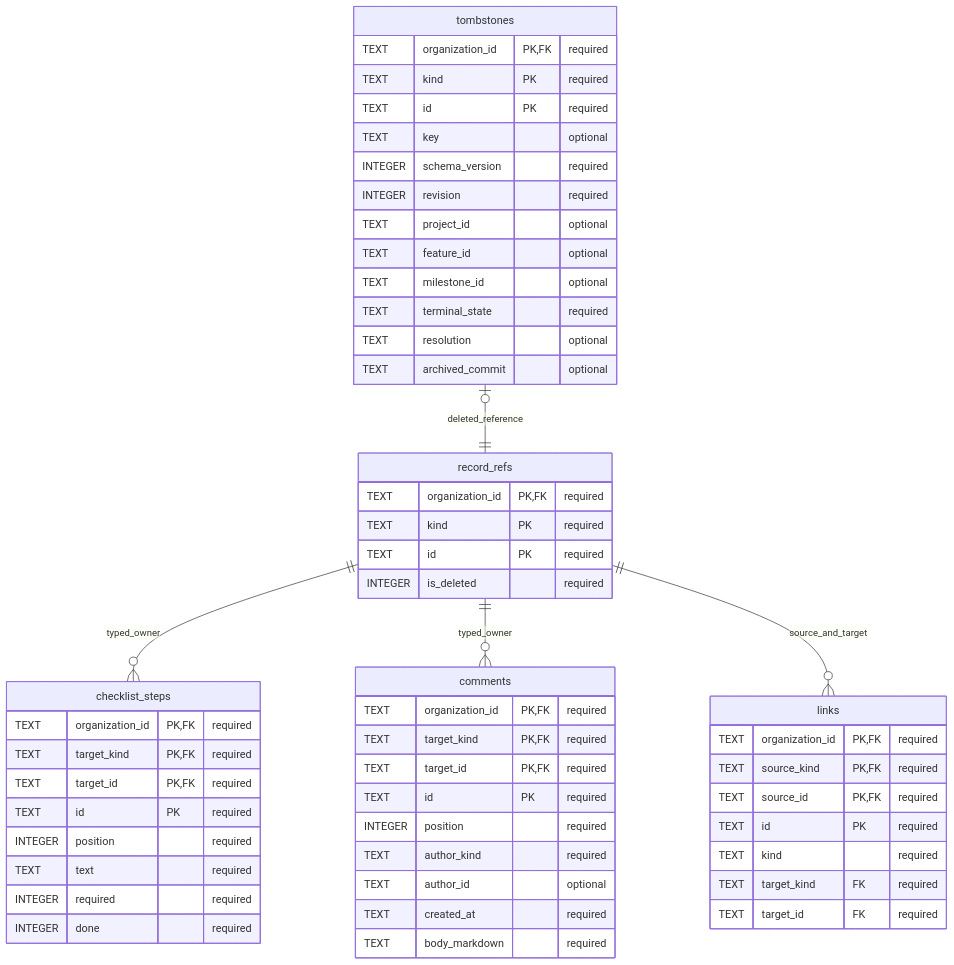
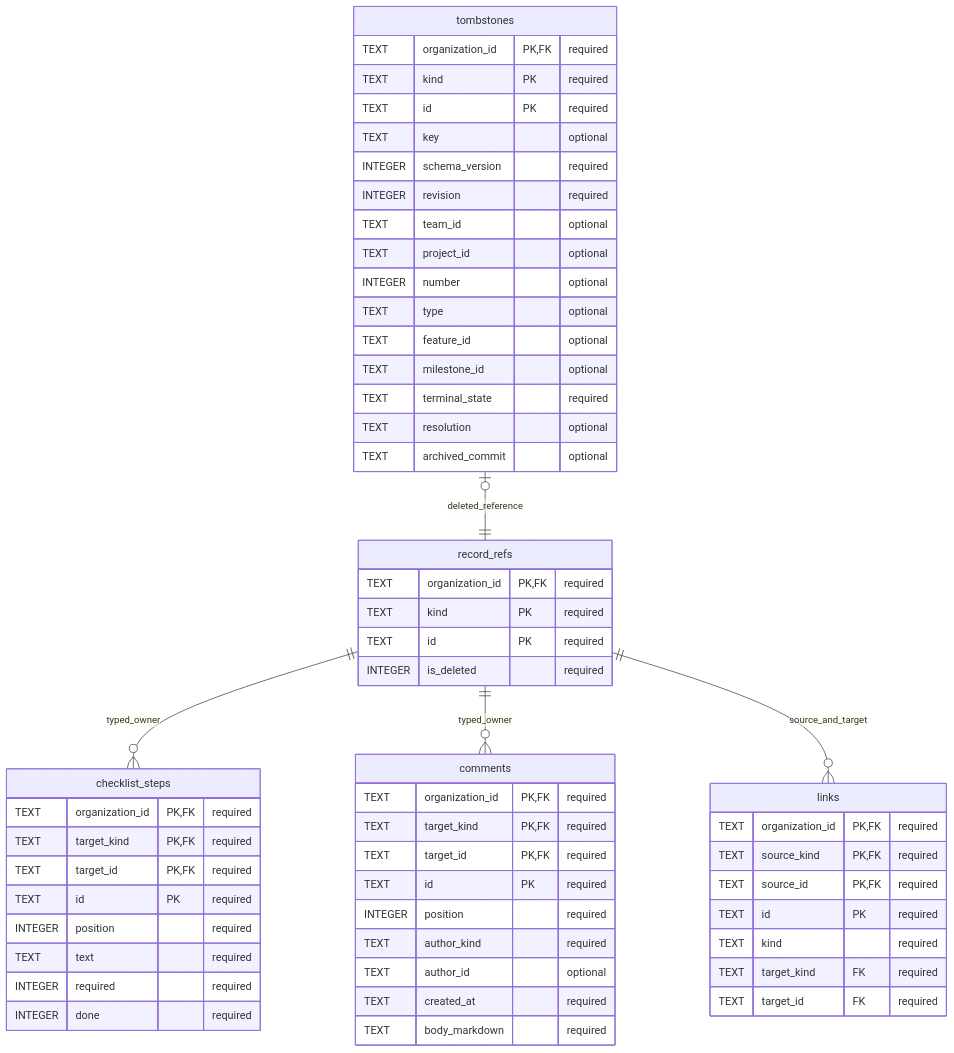
The second of 2 diagrams in docs/design/organization-data/03-features-and-work.md (vgmello/agentic-org), drawn with Mermaid before and after one commit. The commit also changed other lines of this file and 7 other files, not shown here.

````diff
--- a/docs/design/organization-data/03-features-and-work.md
+++ b/docs/design/organization-data/03-features-and-work.md
@@ -137,57 +120,60 @@
 ```mermaid
 erDiagram
     record_refs ||--o{ checklist_steps : typed_owner
     record_refs ||--o{ comments : typed_owner
     record_refs ||--o{ links : source_and_target
     tombstones o|--|| record_refs : deleted_reference
     record_refs {
         TEXT organization_id PK, FK "required"
         TEXT kind PK "required"
         TEXT id PK "required"
         INTEGER is_deleted "required"
     }
     checklist_steps {
         TEXT organization_id PK, FK "required"
         TEXT target_kind PK, FK "required"
         TEXT target_id PK, FK "required"
         TEXT id PK "required"
         INTEGER position "required"
         TEXT text "required"
         INTEGER required "required"
         INTEGER done "required"
     }
     comments {
         TEXT organization_id PK, FK "required"
         TEXT target_kind PK, FK "required"
         TEXT target_id PK, FK "required"
         TEXT id PK "required"
         INTEGER position "required"
         TEXT author_kind "required"
         TEXT author_id "optional"
         TEXT created_at "required"
         TEXT body_markdown "required"
     }
     links {
         TEXT organization_id PK, FK "required"
         TEXT source_kind PK, FK "required"
         TEXT source_id PK, FK "required"
         TEXT id PK "required"
         TEXT kind "required"
         TEXT target_kind FK "required"
         TEXT target_id FK "required"
     }
     tombstones {
         TEXT organization_id PK, FK "required"
         TEXT kind PK "required"
         TEXT id PK "required"
         TEXT key "optional"
         INTEGER schema_version "required"
         INTEGER revision "required"
+        TEXT team_id "optional"
         TEXT project_id "optional"
+        INTEGER number "optional"
+        TEXT type "optional"
         TEXT feature_id "optional"
         TEXT milestone_id "optional"
         TEXT terminal_state "required"
         TEXT resolution "optional"
         TEXT archived_commit "optional"
     }
 ```
````
